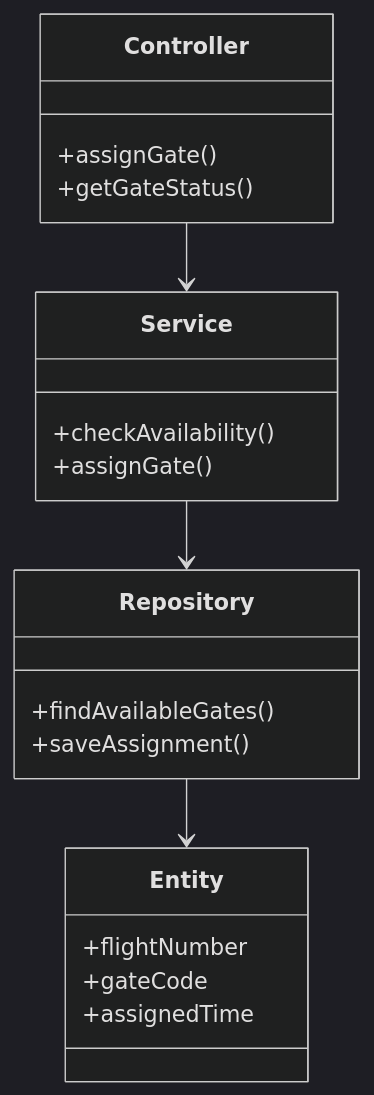
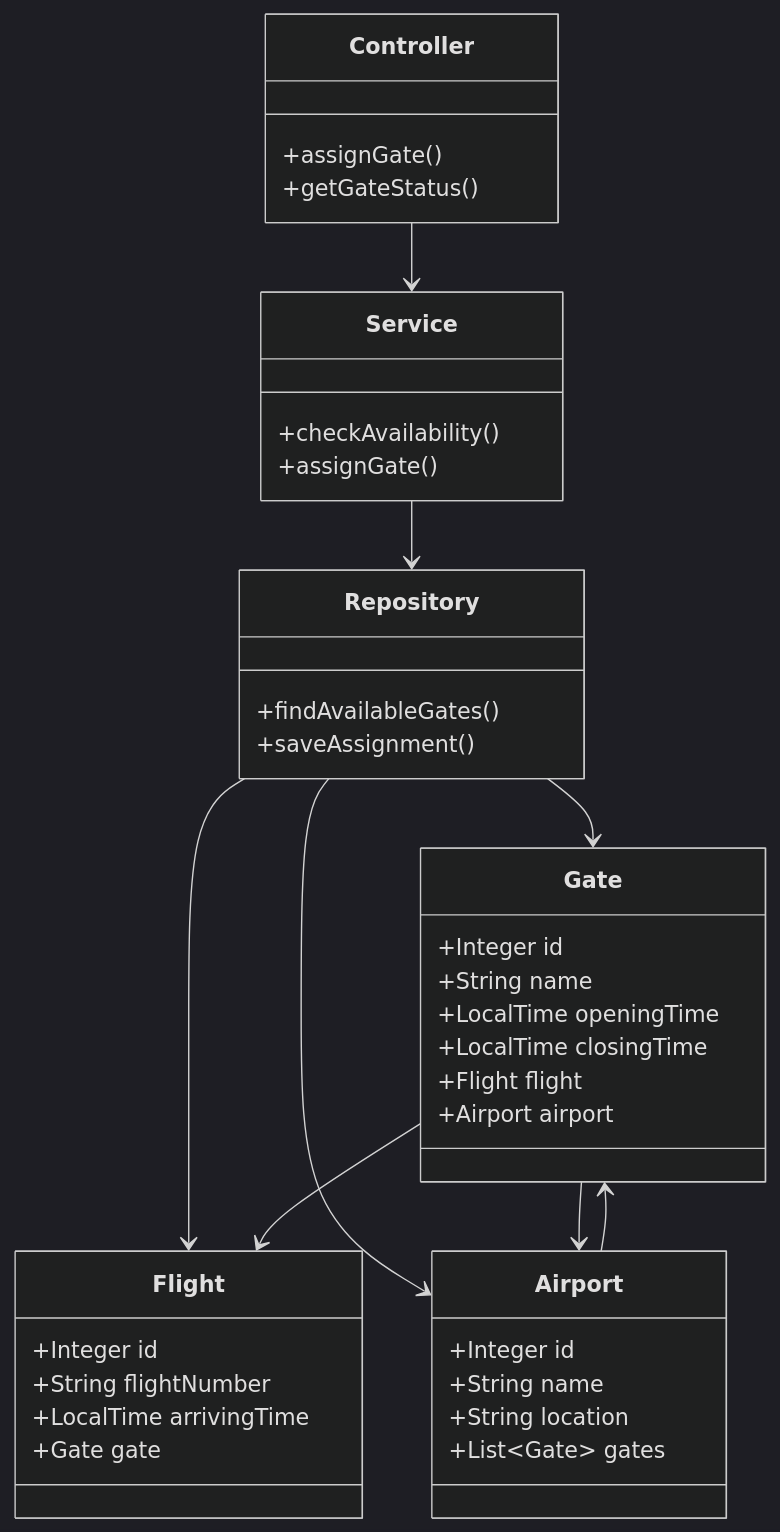
One commit to Maximuss1993/Airport_Gate_Management_System changed the third of 3 diagrams in Readme.md. Above: the diagram before and after it, drawn with Mermaid (dark theme). The commit also changed other lines of this file, not shown here.

Commit message:
cleaned mermaid diagrams...

````diff
--- a/Readme.md
+++ b/Readme.md
@@ -121,24 +124,49 @@
 ```mermaid
 classDiagram
-class Controller {
-+assignGate()
-+getGateStatus()
-}
-class Service {
-+checkAvailability()
-+assignGate()
-}
-class Repository {
-+findAvailableGates()
-+saveAssignment()
-}
-class Entity {
-+flightNumber
-+gateCode
-+assignedTime
-}
+    class Controller {
+        +assignGate()
+        +getGateStatus()
+    }
+
+    class Service {
+        +checkAvailability()
+        +assignGate()
+    }
+
+    class Repository {
+        +findAvailableGates()
+        +saveAssignment()
+    }
+
+    class Gate {
+        +Integer id
+        +String name
+        +LocalTime openingTime
+        +LocalTime closingTime
+        +Flight flight
+        +Airport airport
+    }
+
+    class Flight {
+        +Integer id
+        +String flightNumber
+        +LocalTime arrivingTime
+        +Gate gate
+    }
+
+    class Airport {
+        +Integer id
+        +String name
+        +String location
+        +List~Gate~ gates
+    }
 
     Controller --> Service
     Service --> Repository
-    Repository --> Entity
+    Repository --> Gate
+    Repository --> Flight
+    Repository --> Airport
+    Gate --> Flight
+    Gate --> Airport
+    Airport --> Gate
 ```
````
